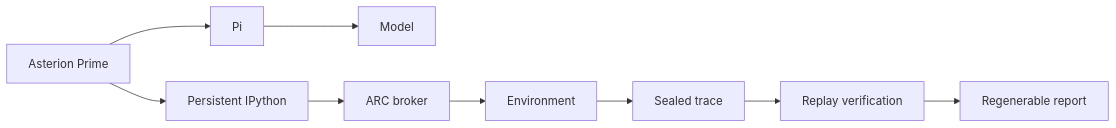
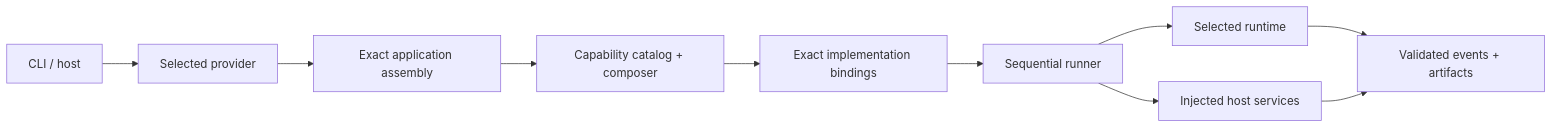
One commit to uukuguy/asterion changed the diagram in README.md. Above: the diagram before and after it, drawn with Mermaid. The commit also changed other lines of this file and 1 other file, not shown here.

Commit message:
docs: make Asterion primary in repository overview

````diff
--- a/README.md
+++ b/README.md
@@ -45,11 +23,12 @@
 ```mermaid
 flowchart LR
-    A[Asterion Prime] --> P[Pi]
-    P --> M[Model]
-    A --> I[Persistent IPython]
-    I --> B[ARC broker]
-    B --> E[Environment]
-    E --> T[Sealed trace]
-    T --> V[Replay verification]
-    V --> R[Regenerable report]
+    H[CLI / host] --> P[Selected provider]
+    P --> A[Exact application assembly]
+    A --> C[Capability catalog + composer]
+    C --> I[Exact implementation bindings]
+    I --> R[Sequential runner]
+    R --> RT[Selected runtime]
+    R --> S[Injected host services]
+    RT --> E[Validated events + artifacts]
+    S --> E
 ```
````
